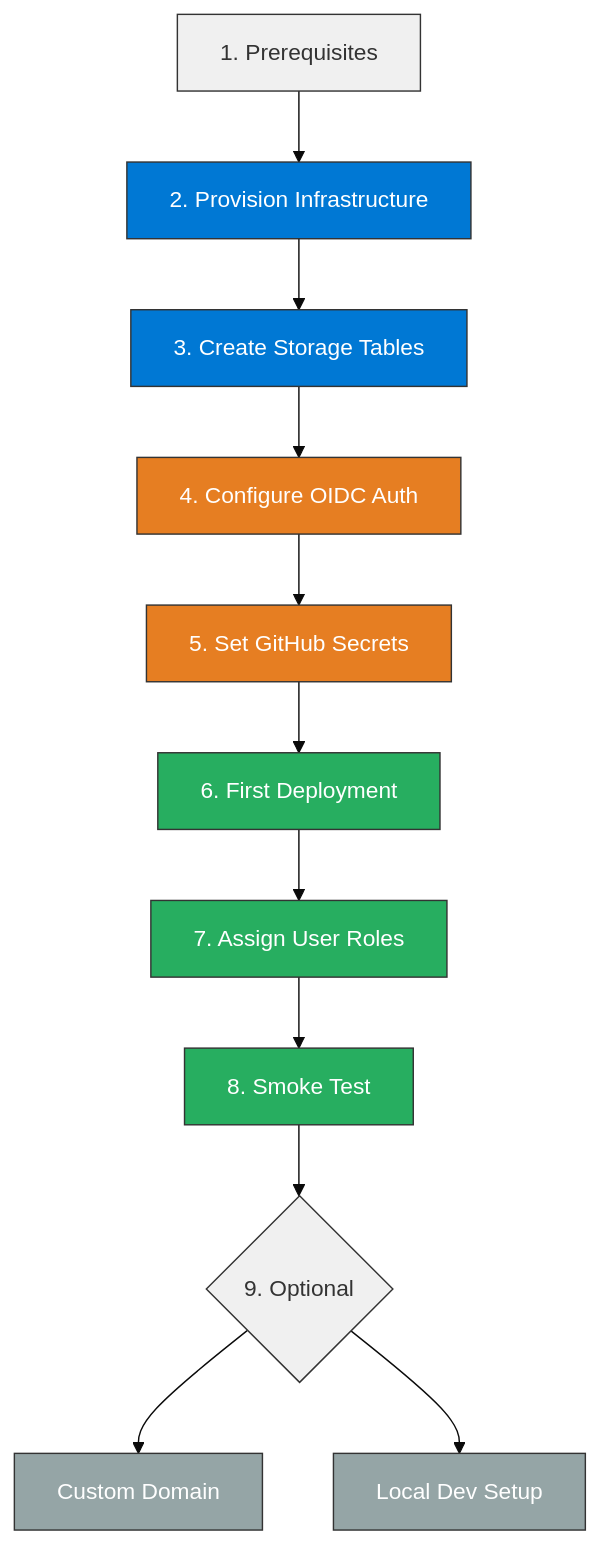
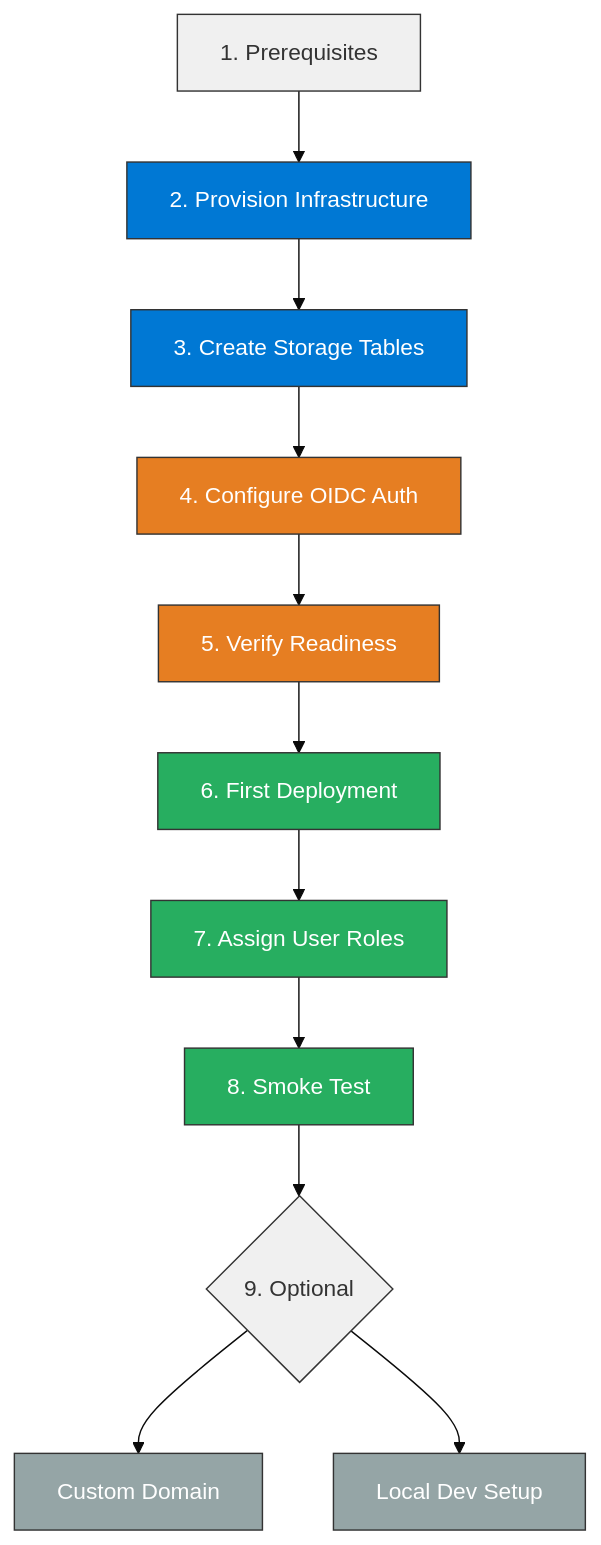
Before and after one commit to jonathan-vella/hacker-board: the first of 3 diagrams in docs/deployment-guide.md, drawn with Mermaid (base theme). The commit also changed other lines of this file and 3 other files, not shown here.

````diff
--- a/docs/deployment-guide.md
+++ b/docs/deployment-guide.md
@@ -12,25 +12,25 @@
 ```mermaid
 graph TD
     A[1. Prerequisites] --> B[2. Provision Infrastructure]
     B --> C[3. Create Storage Tables]
     C --> D[4. Configure OIDC Auth]
-    D --> E[5. Set GitHub Secrets]
+    D --> E[5. Verify Readiness]
     E --> F[6. First Deployment]
     F --> G[7. Assign User Roles]
     G --> H[8. Smoke Test]
     H --> I{9. Optional}
     I --> J[Custom Domain]
     I --> K[Local Dev Setup]
 
     style A fill:#f0f0f0,stroke:#333
     style B fill:#0078D4,stroke:#333,color:#fff
     style C fill:#0078D4,stroke:#333,color:#fff
     style D fill:#e67e22,stroke:#333,color:#fff
     style E fill:#e67e22,stroke:#333,color:#fff
     style F fill:#27ae60,stroke:#333,color:#fff
     style G fill:#27ae60,stroke:#333,color:#fff
     style H fill:#27ae60,stroke:#333,color:#fff
     style I fill:#f0f0f0,stroke:#333
     style J fill:#95a5a6,stroke:#333,color:#fff
     style K fill:#95a5a6,stroke:#333,color:#fff
 ```
````
